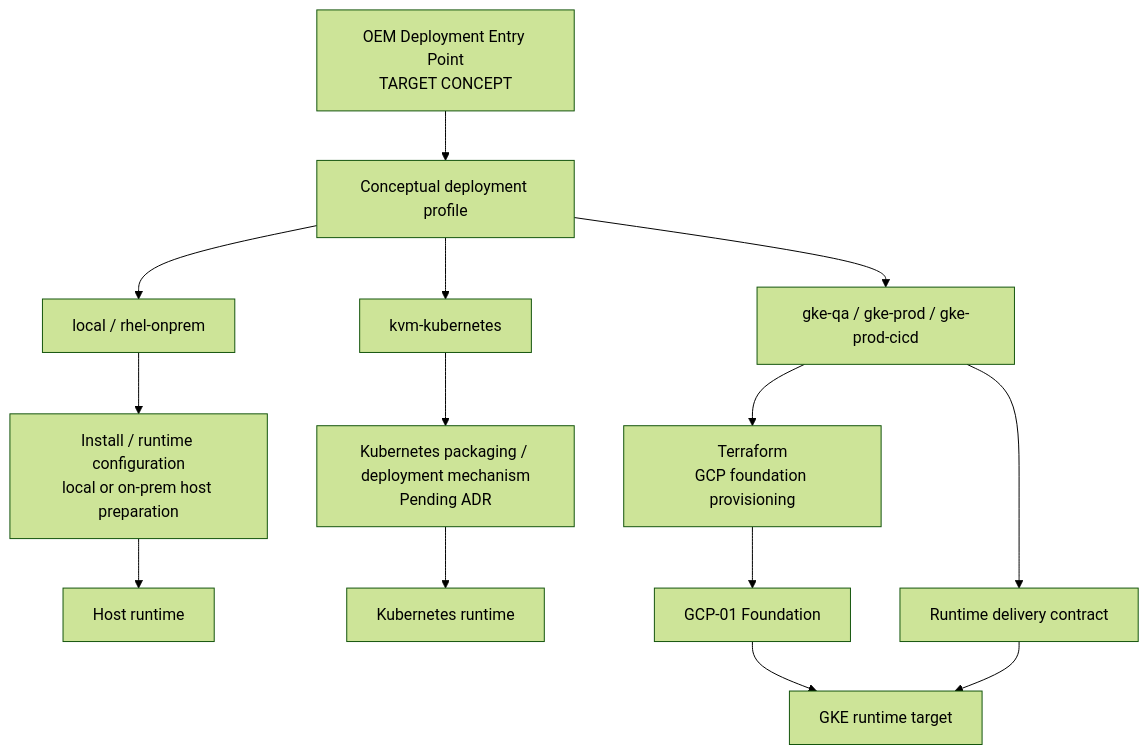
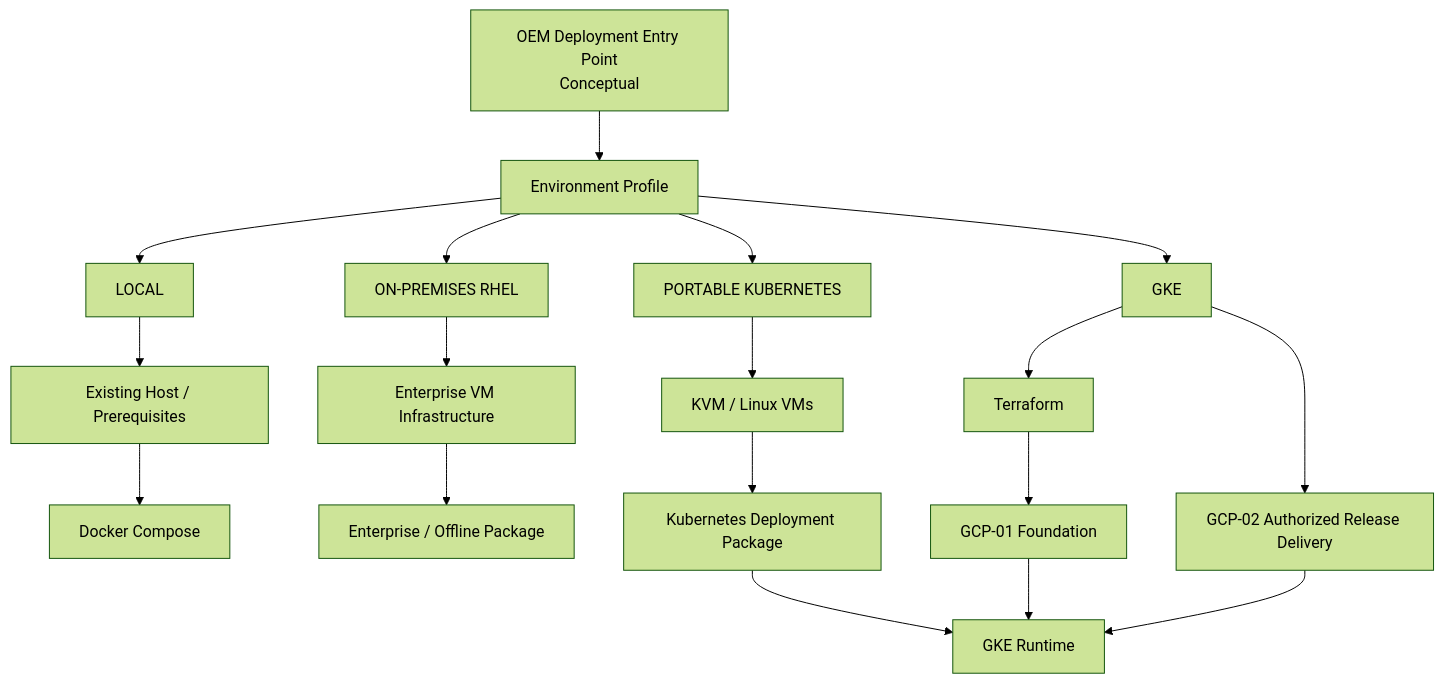
One commit to eventmgmtplatform/docs changed the second of 2 diagrams in docs/architecture/d6-environment-evolution.md. Above: the diagram before and after it, drawn with Mermaid (forest theme). The commit also changed other lines of this file and 3 other files, not shown here.

Commit message:
docs(architecture): redesign D6 environment architecture map

````diff
--- a/docs/architecture/d6-environment-evolution.md
+++ b/docs/architecture/d6-environment-evolution.md
@@ -90,16 +89,27 @@
 ```mermaid
 flowchart TB
-  EP[OEM Deployment Entry Point\nTARGET CONCEPT] --> PF[Conceptual deployment profile]
-  PF --> LPR[local / rhel-onprem]
-  PF --> KPR[kvm-kubernetes]
-  PF --> GPR[gke-qa / gke-prod / gke-prod-cicd]
-  LPR --> IR[Install / runtime configuration\nlocal or on-prem host preparation]
-  IR --> HR[Host runtime]
-  KPR --> KP[Kubernetes packaging / deployment mechanism\nPending ADR]
-  KP --> KR[Kubernetes runtime]
-  GPR --> TF[Terraform\nGCP foundation provisioning]
-  TF --> GF[GCP-01 Foundation]
-  GF --> GKE[GKE runtime target]
-  GPR --> RD[Runtime delivery contract]
-  RD --> GKE
+  ENTRY[OEM Deployment Entry Point<br/>Conceptual]
+  PROFILE[Environment Profile]
+  ENTRY --> PROFILE
+
+  PROFILE --> LOCAL[LOCAL]
+  PROFILE --> RHEL[ON-PREMISES RHEL]
+  PROFILE --> K8S[PORTABLE KUBERNETES]
+  PROFILE --> GKE[GKE]
+
+  LOCAL --> HOST[Existing Host / Prerequisites]
+  HOST --> COMPOSE[Docker Compose]
+
+  RHEL --> VM[Enterprise VM Infrastructure]
+  VM --> PACKAGE[Enterprise / Offline Package]
+
+  K8S --> KVM[KVM / Linux VMs]
+  KVM --> KPACKAGE[Kubernetes Deployment Package]
+
+  GKE --> TF[Terraform]
+  TF --> FOUNDATION[GCP-01 Foundation]
+  FOUNDATION --> GKERT[GKE Runtime]
+  KPACKAGE --> GKERT
+  GKE --> DELIVERY[GCP-02 Authorized Release Delivery]
+  DELIVERY --> GKERT
 ```
````
